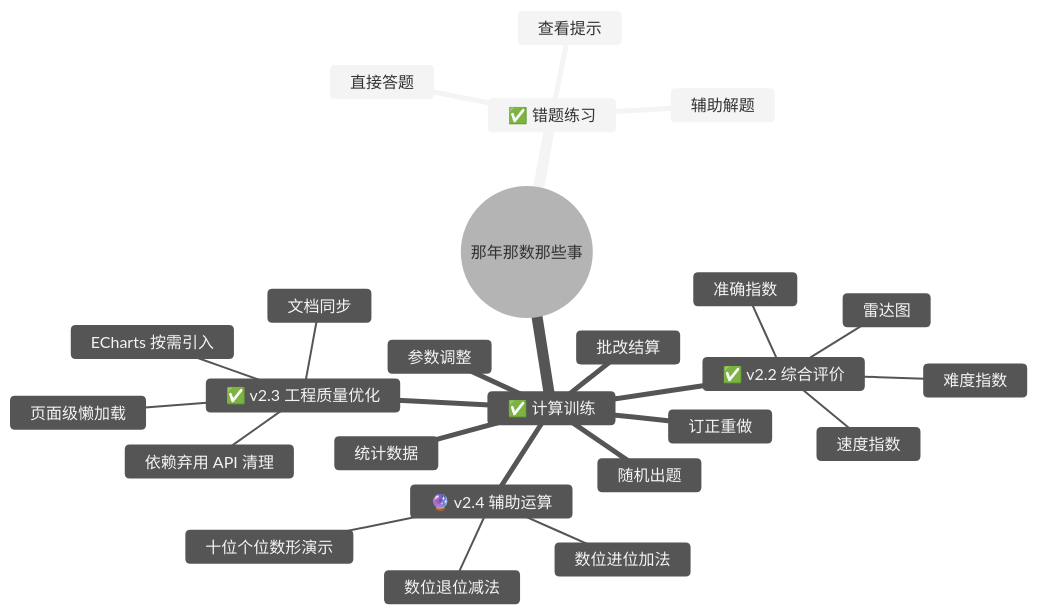
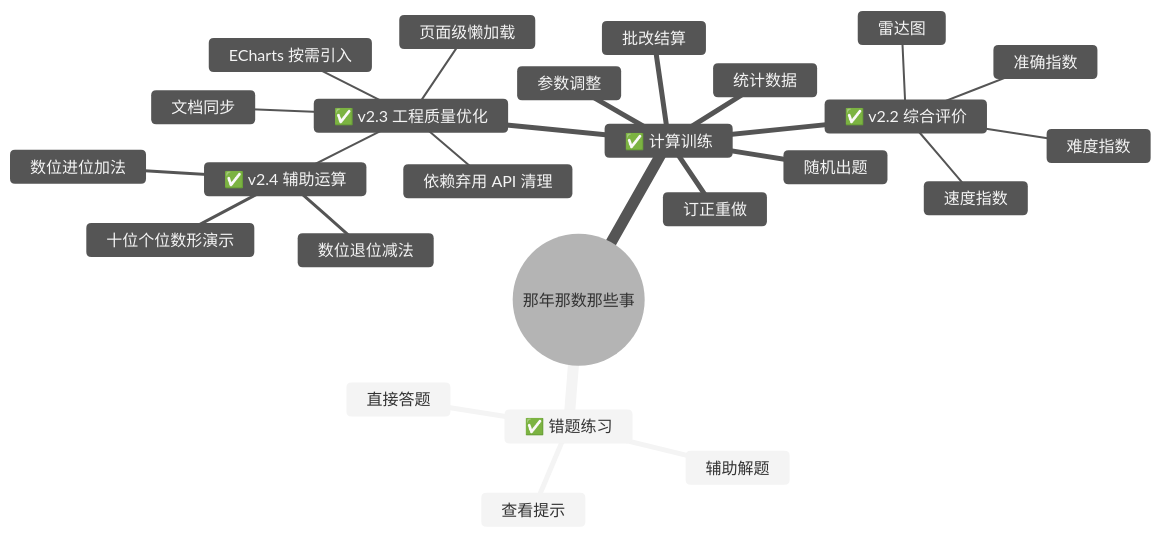
One commit to soapgu/that-math-things changed the first of 2 diagrams in README.md. Above: the diagram before and after it, drawn with Mermaid (neutral theme). The commit also changed other lines of this file and 1 other file, not shown here.

````diff
--- a/README.md
+++ b/README.md
@@ -58,28 +58,28 @@
 ```mermaid
 mindmap
   root((那年那数那些事))
     ✅ 错题练习
       直接答题
       查看提示
       辅助解题
     ✅ 计算训练
       参数调整
       随机出题
       批改结算
       订正重做
       统计数据
      ✅ v2.2 综合评价
        难度指数
        准确指数
        速度指数
        雷达图
      ✅ v2.3 工程质量优化
        页面级懒加载
        ECharts 按需引入
        依赖弃用 API 清理
        文档同步
-     🔮 v2.4 辅助运算
-       数位进位加法
-       数位退位减法
-       十位个位数形演示
+      ✅ v2.4 辅助运算
+        数位进位加法
+        数位退位减法
+        十位个位数形演示
 ```
````
